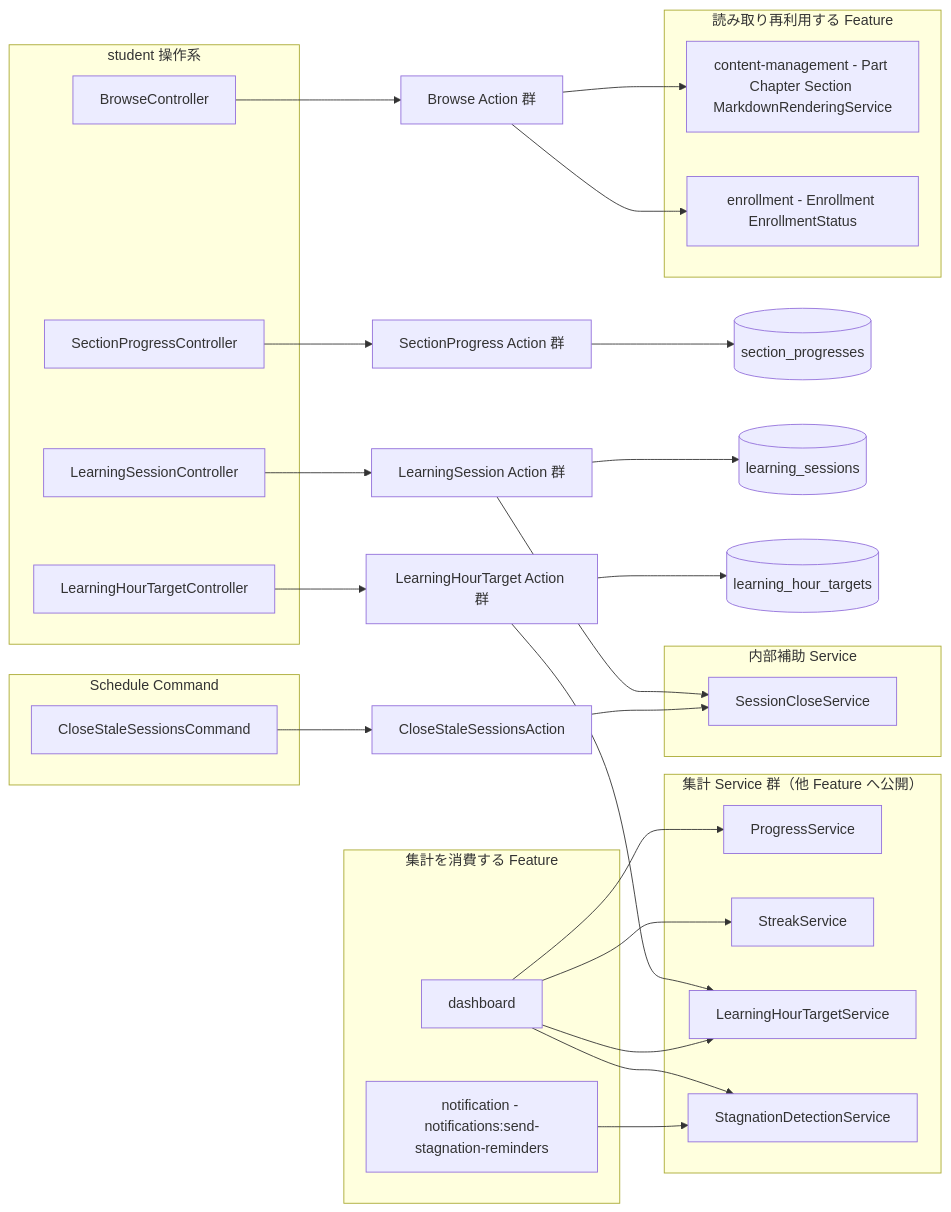
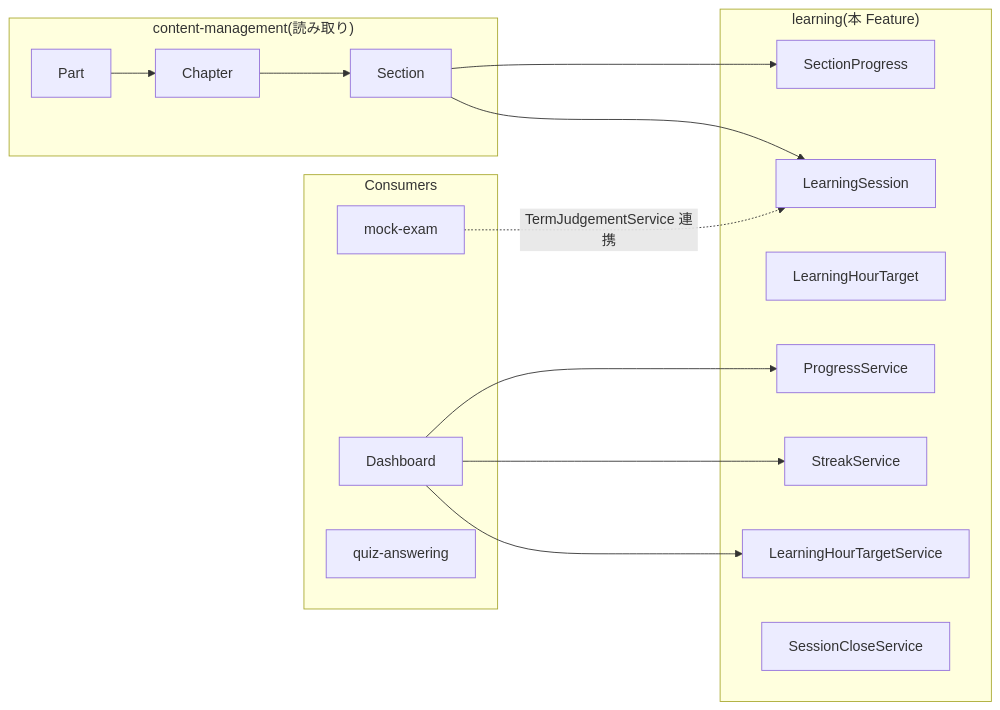
The first of 4 diagrams in docs/specs/learning/design.md (coachtech-mockcase-second/ExampleAnswer-mockcase-CertifyLMS), drawn with Mermaid before and after one commit. The commit also changed other lines of this file and 67 other files, not shown here.

````diff
--- a/docs/specs/learning/design.md
+++ b/docs/specs/learning/design.md
@@ -9,50 +15,26 @@
 ```mermaid
 flowchart LR
-    subgraph student["student 操作系"]
-        BC[BrowseController]
-        SPC[SectionProgressController]
-        LSC[LearningSessionController]
-        LHTC[LearningHourTargetController]
+    subgraph Learning["learning(本 Feature)"]
+        SectionProgress
+        LearningSession
+        LearningHourTarget
+        ProgressSvc[ProgressService]
+        StreakSvc[StreakService]
+        HourTargetSvc[LearningHourTargetService]
+        SessionCloseSvc[SessionCloseService]
     end
-    subgraph crontab["Schedule Command"]
-        CSSC[CloseStaleSessionsCommand]
+    subgraph ContentMgmt["content-management(読み取り)"]
+        Part --> Chapter --> Section
     end
-    subgraph services["集計 Service 群（他 Feature へ公開）"]
-        PS[ProgressService]
-        StrS[StreakService]
-        LHTS[LearningHourTargetService]
-        SDS[StagnationDetectionService]
+    subgraph Consumers
+        Dashboard
+        MockExam[mock-exam]
+        QuizAnswering[quiz-answering]
     end
-    subgraph internal["内部補助 Service"]
-        SCS[SessionCloseService]
-    end
-    subgraph consumers["集計を消費する Feature"]
-        DASH["dashboard"]
-        NOTIF["notification - notifications:send-stagnation-reminders"]
-    end
-    subgraph reuse["読み取り再利用する Feature"]
-        CM["content-management - Part Chapter Section MarkdownRenderingService"]
-        EN["enrollment - Enrollment EnrollmentStatus"]
-    end
-
-    BC --> BrowseA["Browse Action 群"]
-    SPC --> SPA["SectionProgress Action 群"]
-    LSC --> LSA["LearningSession Action 群"]
-    LSA --> SCS
-    CSSC --> CloseAct[CloseStaleSessionsAction]
-    CloseAct --> SCS
-    LHTC --> LHTA["LearningHourTarget Action 群"]
-    LHTA --> LHTS
-
-    DASH --> PS
-    DASH --> StrS
-    DASH --> LHTS
-    DASH --> SDS
-    NOTIF --> SDS
-
-    BrowseA --> CM
-    BrowseA --> EN
-    SPA --> SectionProgress[(section_progresses)]
-    LSA --> LearningSession[(learning_sessions)]
-    LHTA --> HourTarget[(learning_hour_targets)]
+    Section --> SectionProgress
+    Section --> LearningSession
+    Dashboard --> ProgressSvc
+    Dashboard --> StreakSvc
+    Dashboard --> HourTargetSvc
+    MockExam -. TermJudgementService 連携 .-> LearningSession
 ```
````
